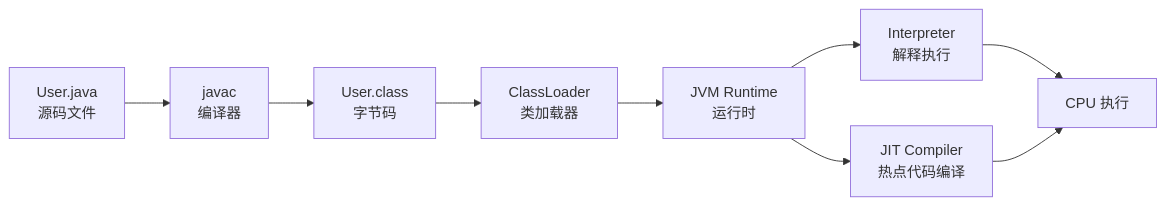
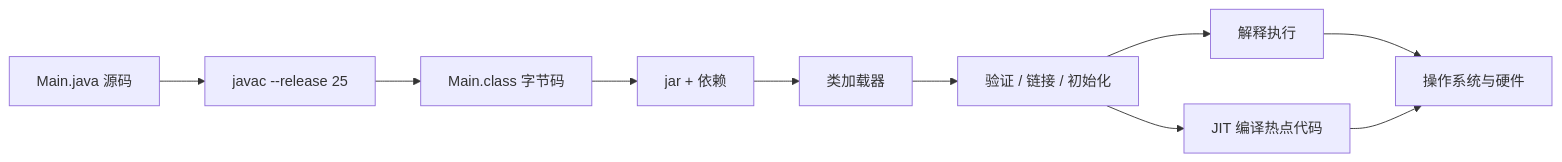
Before and after one commit to yokry-he/yok-study-web: the first of 29 diagrams in docs/java/visual-guide.md, drawn with Mermaid. The commit also changed other lines of this file and 277 other files, not shown here.

````diff
--- a/docs/java/visual-guide.md
+++ b/docs/java/visual-guide.md
@@ -11,11 +15,12 @@
 ```mermaid
 flowchart LR
-  A["User.java<br/>源码文件"] --> B["javac<br/>编译器"]
-  B --> C["User.class<br/>字节码"]
-  C --> D["ClassLoader<br/>类加载器"]
-  D --> E["JVM Runtime<br/>运行时"]
-  E --> F["Interpreter<br/>解释执行"]
-  E --> G["JIT Compiler<br/>热点代码编译"]
-  F --> H["CPU 执行"]
-  G --> H
+  A["Main.java 源码"] --> B["javac --release 25"]
+  B --> C["Main.class 字节码"]
+  C --> D["jar + 依赖"]
+  D --> E["类加载器"]
+  E --> F["验证 / 链接 / 初始化"]
+  F --> G["解释执行"]
+  F --> H["JIT 编译热点代码"]
+  G --> I["操作系统与硬件"]
+  H --> I
 ```
````
